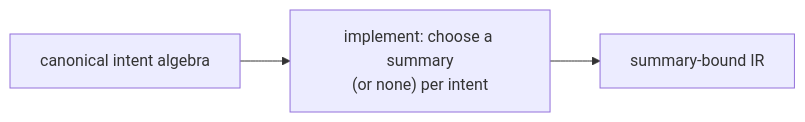
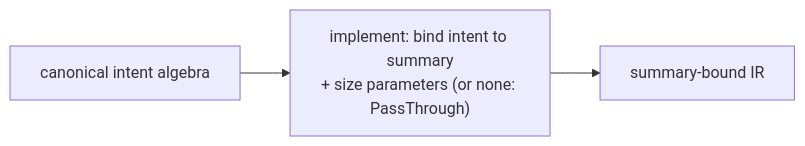
Before and after one commit to ProjectASAP/ASAPPlanner: the third of 5 diagrams in docs/design.md, drawn with Mermaid. The commit also changed other lines of this file, not shown here.

First line of the commit message:
docs(design): flesh out the L2->L3 and L3->L4 pass lines in the top diagram

````diff
--- a/docs/design.md
+++ b/docs/design.md
@@ -144,4 +151,4 @@
 ```mermaid
 flowchart LR
-    L2N["canonical intent algebra"] --> IT["implement: choose a summary\n(or none) per intent"] --> L3N["summary-bound IR"]
+    L2N["canonical intent algebra"] --> IT["implement: bind intent to summary\n+ size parameters (or none: PassThrough)"] --> L3N["summary-bound IR"]
 ```
````
